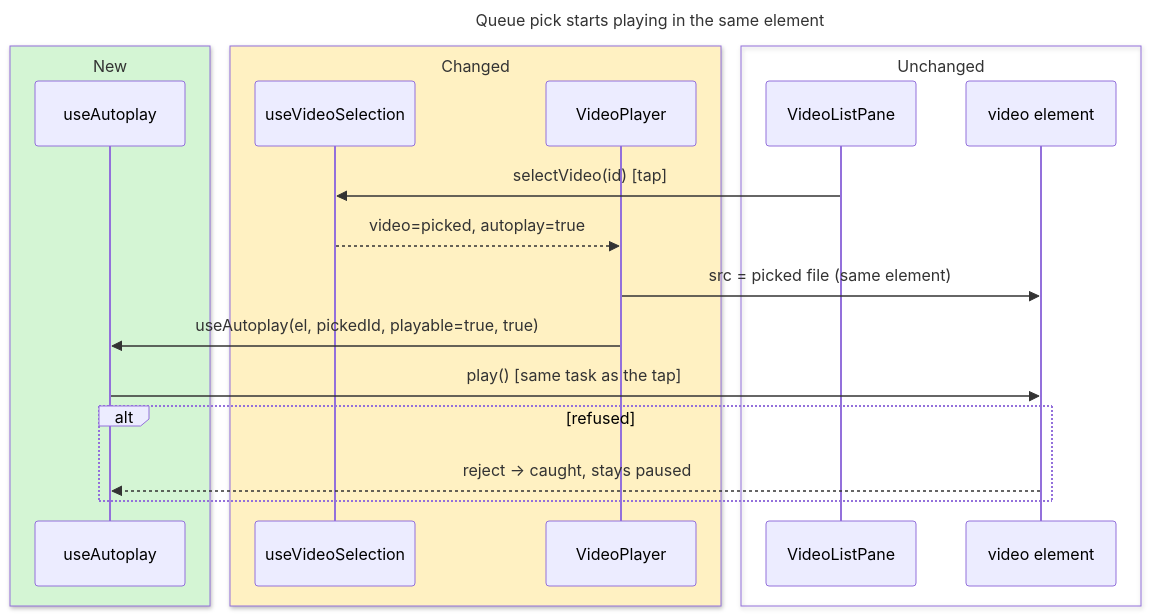
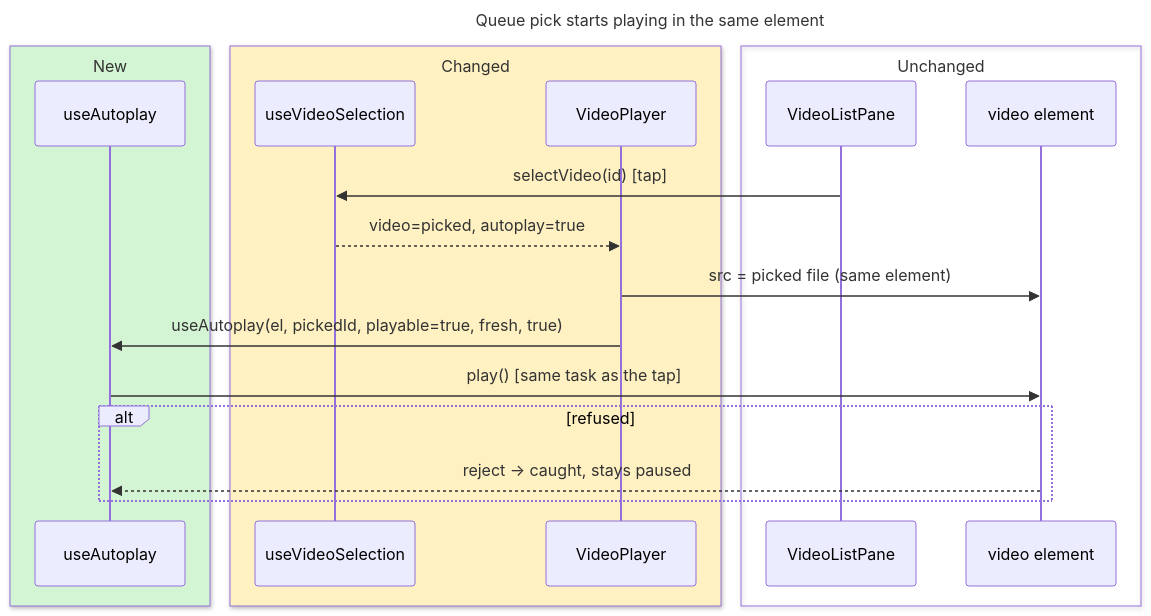
Before and after one commit to sergigp/yarrtube: the third of 4 diagrams in openspec/changes/mobile-autoplay-landscape-fullscreen/design.md, drawn with Mermaid. The commit also changed other lines of this file and 15 other files, not shown here.

````diff
--- a/openspec/changes/mobile-autoplay-landscape-fullscreen/design.md
+++ b/openspec/changes/mobile-autoplay-landscape-fullscreen/design.md
@@ -99,25 +100,25 @@
 ```mermaid
 ---
 title: Queue pick starts playing in the same element
 ---
 sequenceDiagram
   box rgb(212,245,212) New
     participant UA as useAutoplay
   end
   box rgb(255,241,194) Changed
     participant UVS as useVideoSelection
     participant VP as VideoPlayer
   end
   box Unchanged
     participant Q as VideoListPane
     participant V as video element
   end
   Q->>UVS: selectVideo(id) [tap]
   UVS-->>VP: video=picked, autoplay=true
   VP->>V: src = picked file (same element)
-  VP->>UA: useAutoplay(el, pickedId, playable=true, true)
+  VP->>UA: useAutoplay(el, pickedId, playable=true, fresh, true)
   UA->>V: play() [same task as the tap]
   alt refused
     V-->>UA: reject → caught, stays paused
   end
 ```
````
